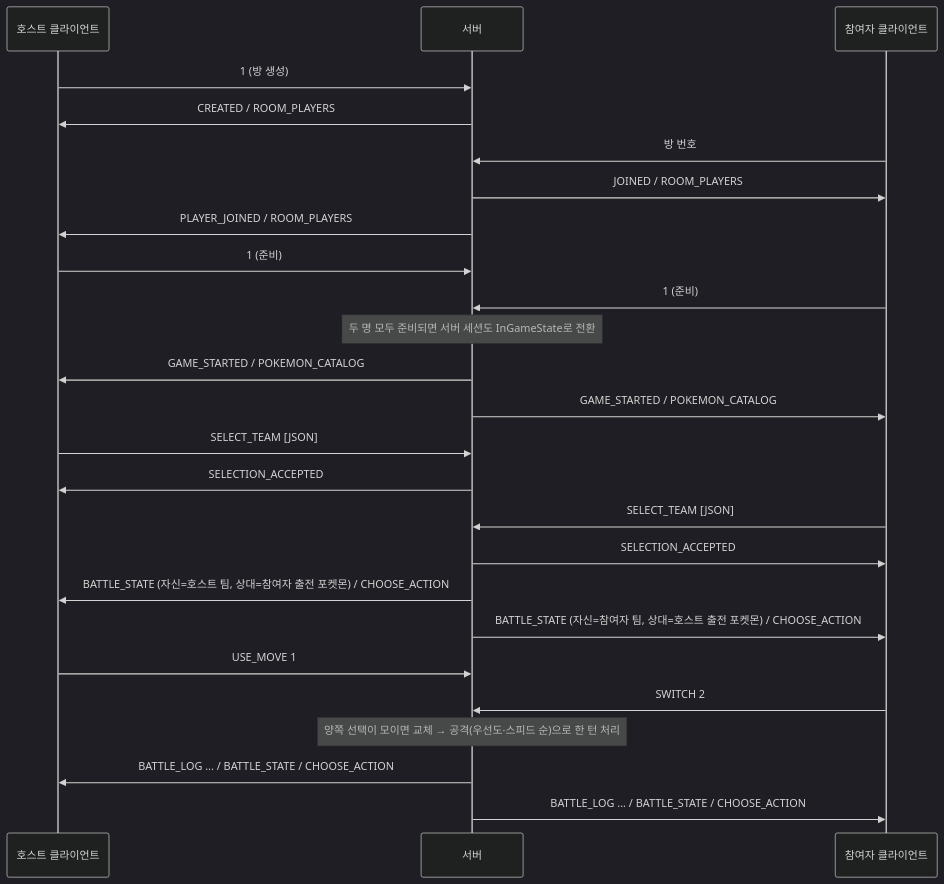
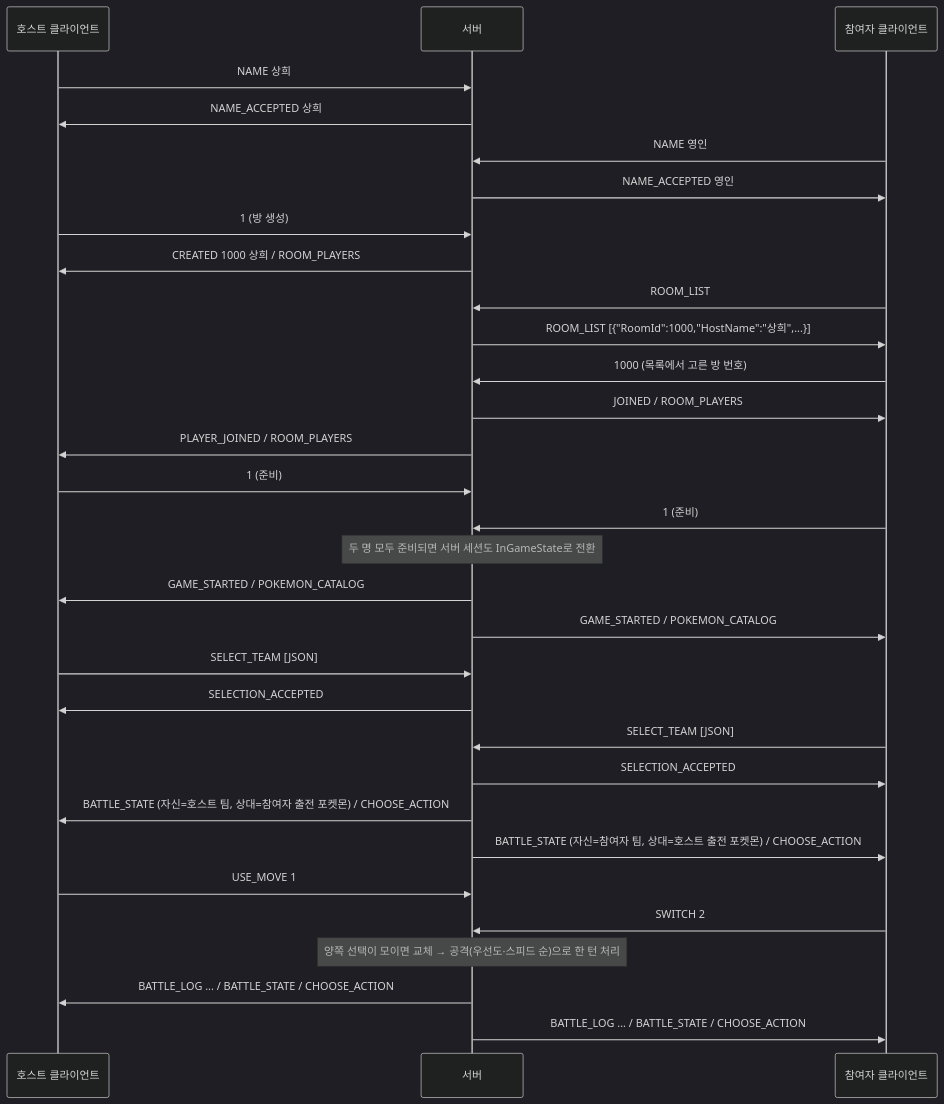
One commit to SHJ00N/Pokemon changed the diagram in README.md. Above: the diagram before and after it, drawn with Mermaid (dark theme). The commit also changed other lines of this file and 10 other files, not shown here.

````diff
--- a/README.md
+++ b/README.md
@@ -99,27 +104,33 @@
 ```mermaid
 sequenceDiagram
     participant H as 호스트 클라이언트
     participant S as 서버
     participant G as 참여자 클라이언트
+    H->>S: NAME 상희
+    S->>H: NAME_ACCEPTED 상희
+    G->>S: NAME 영인
+    S->>G: NAME_ACCEPTED 영인
     H->>S: 1 (방 생성)
-    S->>H: CREATED / ROOM_PLAYERS
-    G->>S: 방 번호
+    S->>H: CREATED 1000 상희 / ROOM_PLAYERS
+    G->>S: ROOM_LIST
+    S->>G: ROOM_LIST [{"RoomId":1000,"HostName":"상희",...}]
+    G->>S: 1000 (목록에서 고른 방 번호)
     S->>G: JOINED / ROOM_PLAYERS
     S->>H: PLAYER_JOINED / ROOM_PLAYERS
     H->>S: 1 (준비)
     G->>S: 1 (준비)
     Note over S: 두 명 모두 준비되면 서버 세션도 InGameState로 전환
     S->>H: GAME_STARTED / POKEMON_CATALOG
     S->>G: GAME_STARTED / POKEMON_CATALOG
     H->>S: SELECT_TEAM [JSON]
     S->>H: SELECTION_ACCEPTED
     G->>S: SELECT_TEAM [JSON]
     S->>G: SELECTION_ACCEPTED
     S->>H: BATTLE_STATE (자신=호스트 팀, 상대=참여자 출전 포켓몬) / CHOOSE_ACTION
     S->>G: BATTLE_STATE (자신=참여자 팀, 상대=호스트 출전 포켓몬) / CHOOSE_ACTION
     H->>S: USE_MOVE 1
     G->>S: SWITCH 2
     Note over S: 양쪽 선택이 모이면 교체 → 공격(우선도·스피드 순)으로 한 턴 처리
     S->>H: BATTLE_LOG ... / BATTLE_STATE / CHOOSE_ACTION
     S->>G: BATTLE_LOG ... / BATTLE_STATE / CHOOSE_ACTION
 ```
````
